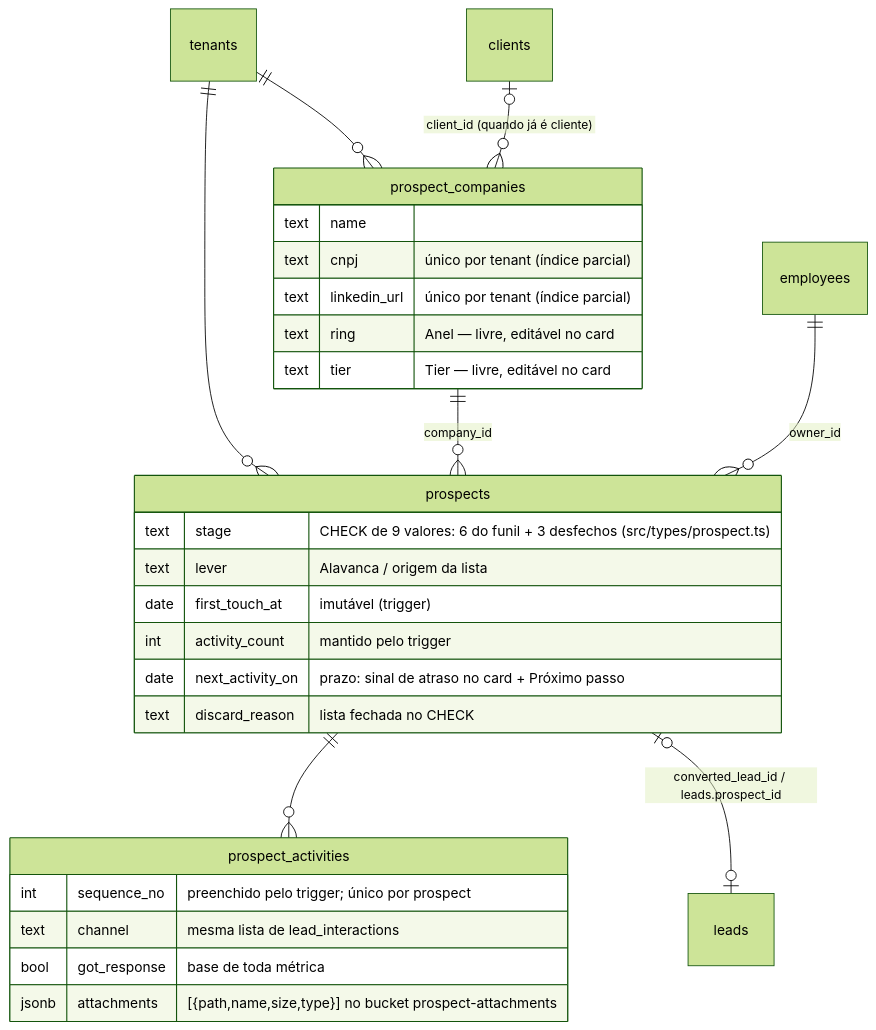
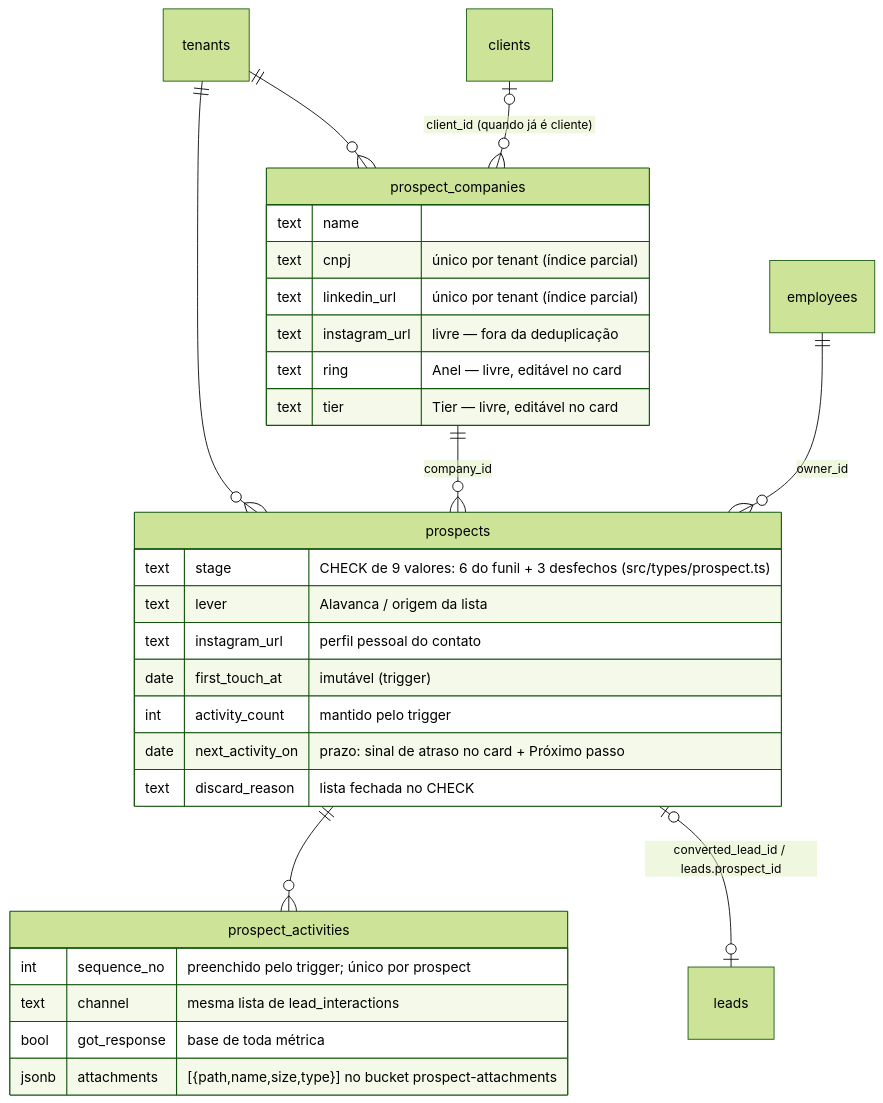
The second of 6 diagrams in .harness/docs/architecture/erd.md (Origami-Lab-Organization/og-pulse), drawn with Mermaid (forest theme) before and after one commit. The commit also changed other lines of this file and 7 other files, not shown here.

````diff
--- a/.harness/docs/architecture/erd.md
+++ b/.harness/docs/architecture/erd.md
@@ -103,32 +106,34 @@
 ```mermaid
 erDiagram
     tenants ||--o{ prospect_companies : ""
     tenants ||--o{ prospects : ""
     clients |o--o{ prospect_companies : "client_id (quando já é cliente)"
     prospect_companies ||--o{ prospects : "company_id"
     prospects ||--o{ prospect_activities : ""
     employees ||--o{ prospects : "owner_id"
     prospects |o--o| leads : "converted_lead_id / leads.prospect_id"
 
     prospect_companies {
         text name ""
         text cnpj "único por tenant (índice parcial)"
         text linkedin_url "único por tenant (índice parcial)"
+        text instagram_url "livre — fora da deduplicação"
         text ring "Anel — livre, editável no card"
         text tier "Tier — livre, editável no card"
     }
     prospects {
         text stage "CHECK de 9 valores: 6 do funil + 3 desfechos (src/types/prospect.ts)"
         text lever "Alavanca / origem da lista"
+        text instagram_url "perfil pessoal do contato"
         date first_touch_at "imutável (trigger)"
         int activity_count "mantido pelo trigger"
         date next_activity_on "prazo: sinal de atraso no card + Próximo passo"
         text discard_reason "lista fechada no CHECK"
     }
     prospect_activities {
         int sequence_no "preenchido pelo trigger; único por prospect"
         text channel "mesma lista de lead_interactions"
         bool got_response "base de toda métrica"
         jsonb attachments "[{path,name,size,type}] no bucket prospect-attachments"
     }
 ```
````
